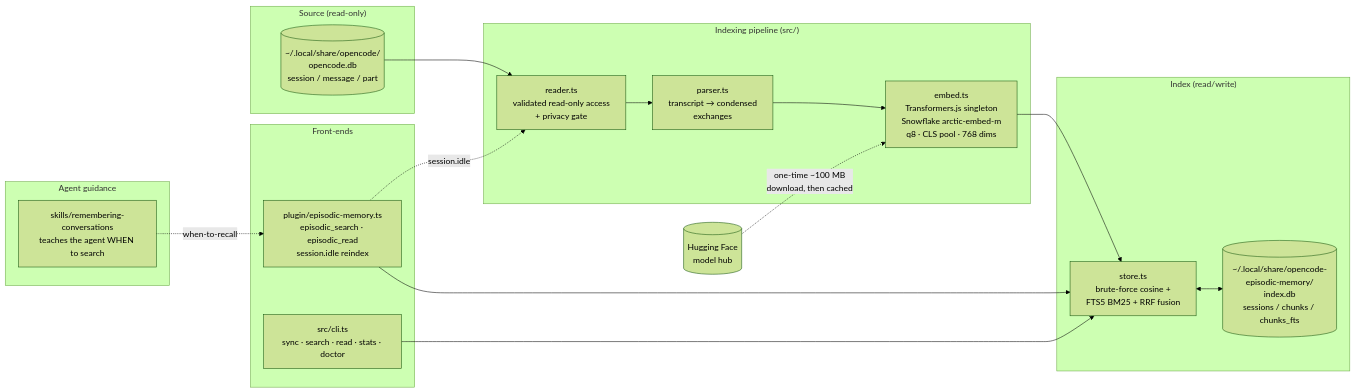
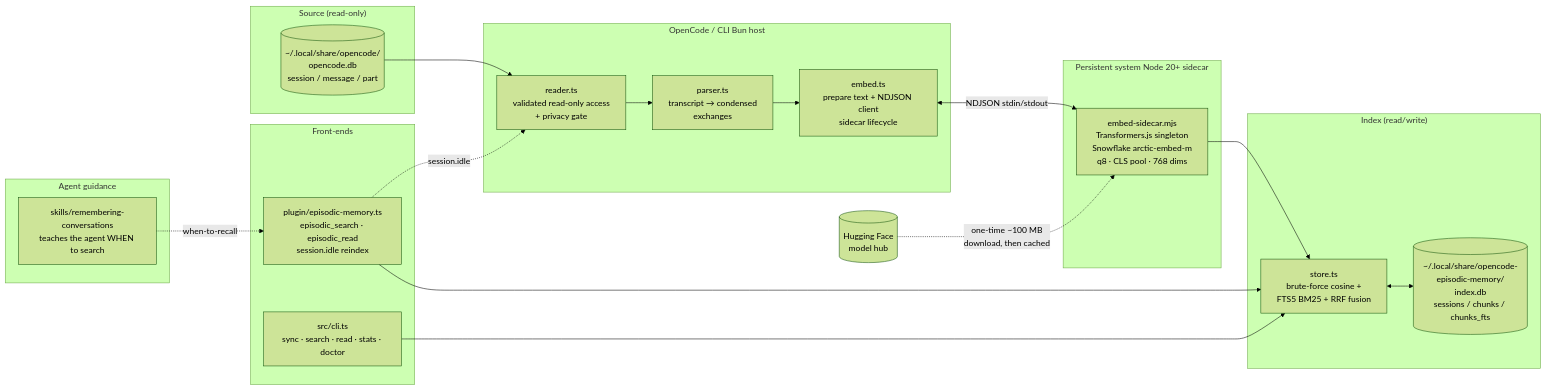
Before and after one commit to robertn702/opencode-episodic-memory: the first of 3 diagrams in ARCHITECTURE.md, drawn with Mermaid (forest theme). The commit also changed other lines of this file and 11 other files, not shown here.

Commit message:
fix: isolate embedding in a Node sidecar

````diff
--- a/ARCHITECTURE.md
+++ b/ARCHITECTURE.md
@@ -18,35 +18,41 @@
 ```mermaid
 flowchart LR
     subgraph Source["Source (read-only)"]
         OCDB[("~/.local/share/opencode/<br/>opencode.db<br/>session / message / part")]
     end
 
-    subgraph Pipeline["Indexing pipeline (src/)"]
+    subgraph BunHost["OpenCode / CLI Bun host"]
         R[reader.ts<br/>validated read-only access<br/>+ privacy gate]
         P[parser.ts<br/>transcript → condensed<br/>exchanges]
-        E[embed.ts<br/>Transformers.js singleton<br/>Snowflake arctic-embed-m<br/>q8 · CLS pool · 768 dims]
+        E[embed.ts<br/>prepare text + NDJSON client<br/>sidecar lifecycle]
+    end
+
+    subgraph NodeSidecar["Persistent system Node 20+ sidecar"]
+        ES[embed-sidecar.mjs<br/>Transformers.js singleton<br/>Snowflake arctic-embed-m<br/>q8 · CLS pool · 768 dims]
     end
 
     subgraph Index["Index (read/write)"]
         IDB[("~/.local/share/opencode-episodic-memory/<br/>index.db<br/>sessions / chunks / chunks_fts")]
         S[store.ts<br/>brute-force cosine +<br/>FTS5 BM25 + RRF fusion]
     end
 
     subgraph Frontends["Front-ends"]
         PLG[plugin/episodic-memory.ts<br/>episodic_search · episodic_read<br/>session.idle reindex]
         CLI[src/cli.ts<br/>sync · search · read · stats · doctor]
     end
 
     subgraph Skill["Agent guidance"]
         SK[skills/remembering-conversations<br/>teaches the agent WHEN to search]
     end
 
-    OCDB --> R --> P --> E --> S
+    OCDB --> R --> P --> E
+    E <-->|NDJSON stdin/stdout| ES
+    ES --> S
     S <--> IDB
     PLG --> S
     CLI --> S
     PLG -.->|session.idle| R
     SK -.when-to-recall.-> PLG
 
-    HF[(Hugging Face<br/>model hub)] -.one-time ~100 MB<br/>download, then cached.-> E
+    HF[(Hugging Face<br/>model hub)] -.one-time ~100 MB<br/>download, then cached.-> ES
 ```
````
